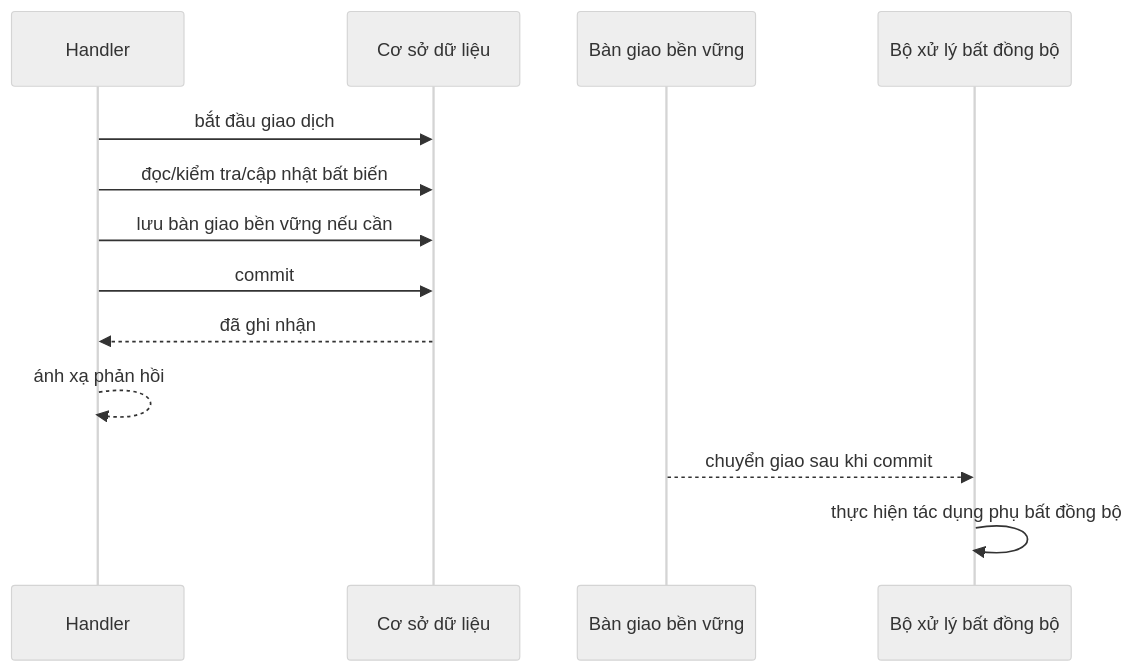
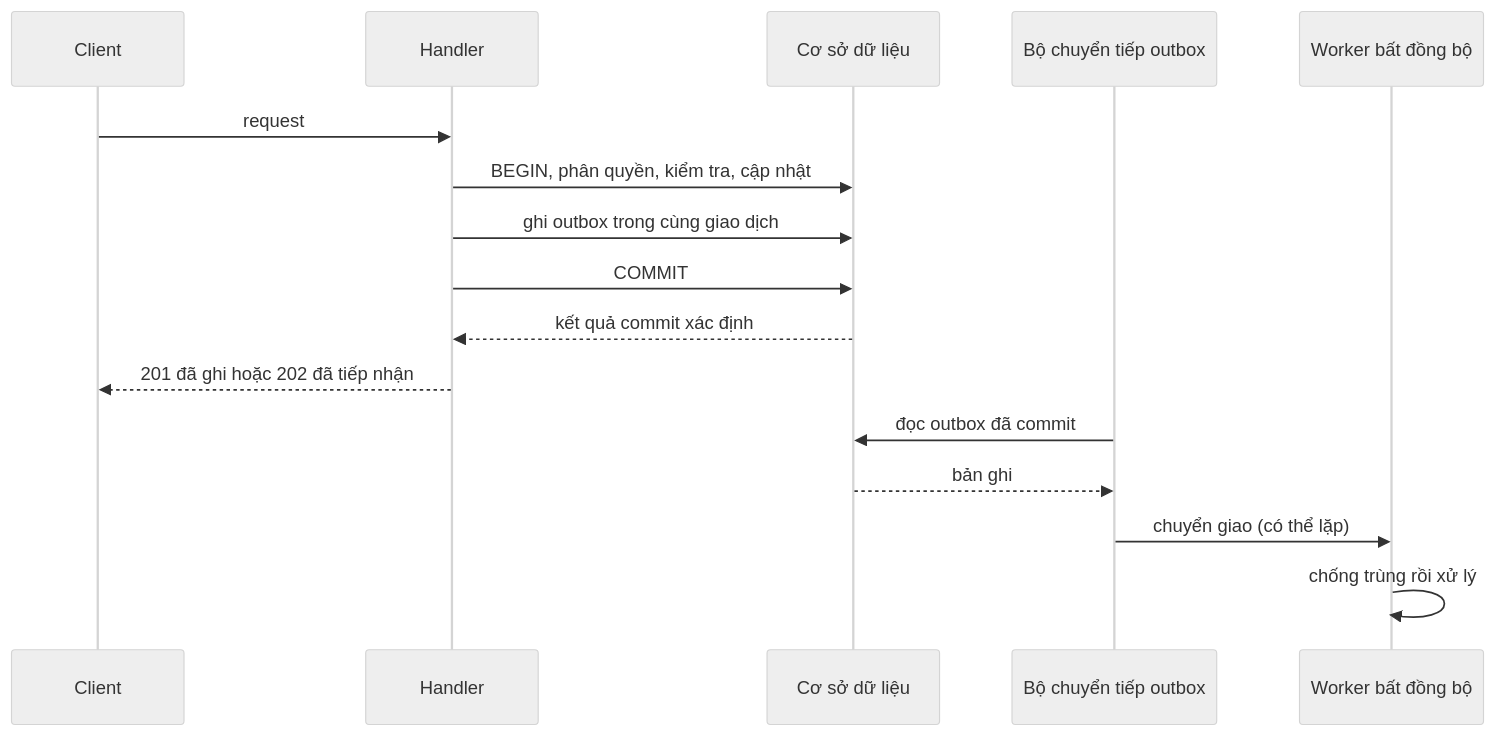
Before and after one commit to thucne/software-development-atlas: the third of 3 diagrams in content/docs/backend-engineering/backend-request-lifecycle.vi.mdx, drawn with Mermaid (neutral theme). The commit also changed other lines of this file and 5 other files, not shown here.

````diff
--- a/content/docs/backend-engineering/backend-request-lifecycle.vi.mdx
+++ b/content/docs/backend-engineering/backend-request-lifecycle.vi.mdx
@@ -154,16 +154,19 @@
 ```mermaid
 sequenceDiagram
+  participant C as Client
   participant H as Handler
   participant DB as Cơ sở dữ liệu
-  participant Q as Bàn giao bền vững
-  participant W as Bộ xử lý bất đồng bộ
+  participant Q as Bộ chuyển tiếp outbox
+  participant W as Worker bất đồng bộ
 
-  H->>DB: bắt đầu giao dịch
-  H->>DB: đọc/kiểm tra/cập nhật bất biến
-  H->>DB: lưu bàn giao bền vững nếu cần
-  H->>DB: commit
-  DB-->>H: đã ghi nhận
-  H-->>H: ánh xạ phản hồi
-  Q-->>W: chuyển giao sau khi commit
-  W->>W: thực hiện tác dụng phụ bất đồng bộ
+  C->>H: request
+  H->>DB: BEGIN, phân quyền, kiểm tra, cập nhật
+  H->>DB: ghi outbox trong cùng giao dịch
+  H->>DB: COMMIT
+  DB-->>H: kết quả commit xác định
+  H-->>C: 201 đã ghi hoặc 202 đã tiếp nhận
+  Q->>DB: đọc outbox đã commit
+  DB-->>Q: bản ghi
+  Q->>W: chuyển giao (có thể lặp)
+  W->>W: chống trùng rồi xử lý
 ```
````
